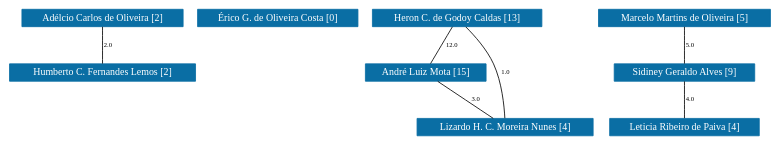
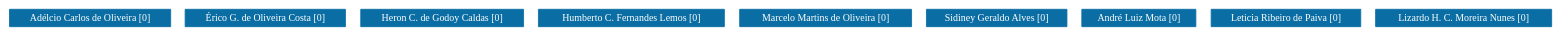
One commit to icamps/unifal-lattes.github.io changed the diagram in PPGF-UFSJ/grafoDeColaboracoesComPesos.dot. Above: the diagram before and after it, drawn with Graphviz. The commit also changed 441 other files, not shown here.

```diff
--- a/PPGF-UFSJ/grafoDeColaboracoesComPesos.dot
+++ b/PPGF-UFSJ/grafoDeColaboracoesComPesos.dot
@@ -1,98 +1,74 @@
 strict graph grafo2 {
-	graph [bb="0,0,724.5,153",
+	graph [bb="0,0,1552.5,21",
 		id=grafo2,
 		overlap=False
 	];
 	node [fontsize=12,
 		label="\N",
 		shape=rectangle,
 		style=filled
 	];
 	0	 [URL="membro-0487113229071944.html",
 		color="#0A6EA4",
 		fontcolor="#FFFFFF",
 		height=0.29167,
-		label="Adélcio Carlos de Oliveira [2]",
-		pos="92,142.5",
+		label="Adélcio Carlos de Oliveira [0]",
+		pos="79,10.5",
 		width=2.1944];
-	3	 [URL="membro-8374281747074655.html",
-		color="#0A6EA4",
-		fontcolor="#FFFFFF",
-		height=0.29167,
-		label="Humberto C. Fernandes Lemos [2]",
-		pos="92,76.5",
-		width=2.5556];
-	0 -- 3	 [fontsize=8,
-		label=2.0,
-		lp="97,109.5",
-		pos="92,131.9 92,119.65 92,99.622 92,87.297"];
 	1	 [URL="membro-4937965723746020.html",
 		color="#0A6EA4",
 		fontcolor="#FFFFFF",
 		height=0.29167,
 		label="Érico G. de Oliveira Costa [0]",
-		pos="269,142.5",
+		pos="256,10.5",
 		width=2.2222];
 	2	 [URL="membro-1373657423991547.html",
 		color="#0A6EA4",
 		fontcolor="#FFFFFF",
 		height=0.29167,
-		label="Heron C. de Godoy Caldas [13]",
-		pos="451,142.5",
-		width=2.3333];
-	6	 [URL="membro-8453016139576761.html",
+		label="Heron C. de Godoy Caldas [0]",
+		pos="435,10.5",
+		width=2.25];
+	3	 [URL="membro-8374281747074655.html",
 		color="#0A6EA4",
 		fontcolor="#FFFFFF",
 		height=0.29167,
-		label="André Luiz Mota [15]",
-		pos="413,76.5",
-		width=1.6944];
-	2 -- 6	 [fontsize=8,
-		label=12.0,
-		lp="441,109.5",
-		pos="444.89,131.9 437.85,119.65 426.31,99.622 419.22,87.297"];
-	8	 [URL="membro-9320579515635433.html",
-		color="#0A6EA4",
-		fontcolor="#FFFFFF",
-		height=0.29167,
-		label="Lizardo H. C. Moreira Nunes [4]",
-		pos="459,10.5",
-		width=2.4028];
-	2 -- 8	 [fontsize=8,
-		label=1.0,
-		lp="489,76.5",
-		pos="459.48,131.79 467.33,121.14 478.46,103.98 483,87 489.33,63.335 475.61,36.051 466.42,21.31"];
-	6 -- 8	 [fontsize=8,
-		label=3.0,
-		lp="443,43.5",
-		pos="420.39,65.896 428.92,53.653 442.88,33.622 451.47,21.297"];
+		label="Humberto C. Fernandes Lemos [0]",
+		pos="626,10.5",
+		width=2.5556];
 	4	 [URL="membro-2091568617999217.html",
 		color="#0A6EA4",
 		fontcolor="#FFFFFF",
 		height=0.29167,
-		label="Marcelo Martins de Oliveira [5]",
-		pos="641,142.5",
+		label="Marcelo Martins de Oliveira [0]",
+		pos="820,10.5",
 		width=2.3194];
 	5	 [URL="membro-4536440727635518.html",
 		color="#0A6EA4",
 		fontcolor="#FFFFFF",
 		height=0.29167,
-		label="Sidiney Geraldo Alves [9]",
-		pos="641,76.5",
+		label="Sidiney Geraldo Alves [0]",
+		pos="992,10.5",
 		width=1.9444];
-	4 -- 5	 [fontsize=8,
-		label=5.0,
-		lp="646,109.5",
-		pos="641,131.9 641,119.65 641,99.622 641,87.297"];
+	6	 [URL="membro-8453016139576761.html",
+		color="#0A6EA4",
+		fontcolor="#FFFFFF",
+		height=0.29167,
+		label="André Luiz Mota [0]",
+		pos="1138,10.5",
+		width=1.6111];
 	7	 [URL="membro-9428416479663144.html",
 		color="#0A6EA4",
 		fontcolor="#FFFFFF",
 		height=0.29167,
-		label="Leticia Ribeiro de Paiva [4]",
-		pos="641,10.5",
+		label="Leticia Ribeiro de Paiva [0]",
+		pos="1288,10.5",
 		width=2.0417];
-	5 -- 7	 [fontsize=8,
-		label=4.0,
-		lp="646,43.5",
-		pos="641,65.896 641,53.653 641,33.622 641,21.297"];
+	8	 [URL="membro-9320579515635433.html",
+		color="#0A6EA4",
+		fontcolor="#FFFFFF",
+		height=0.29167,
+		label="Lizardo H. C. Moreira Nunes [0]",
+		pos="1466,10.5",
+		width=2.4028];
 }
```
